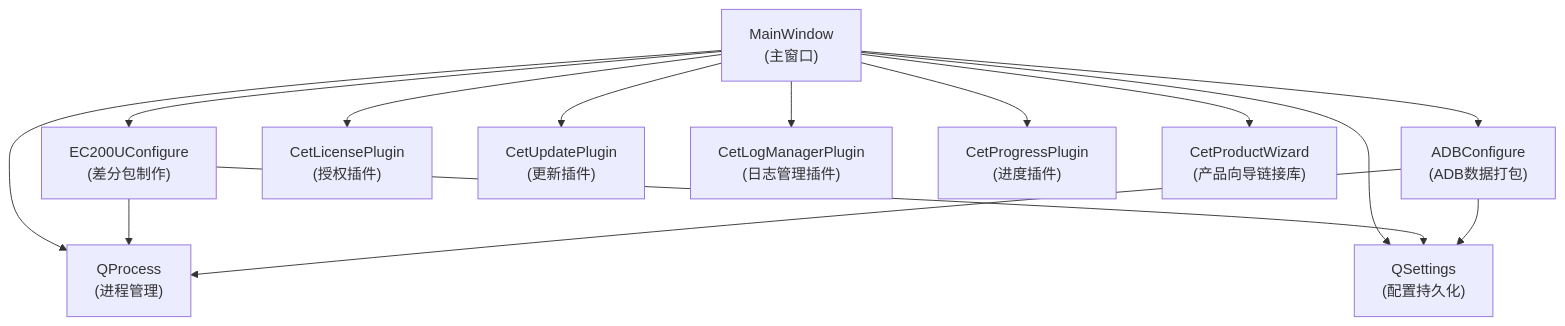
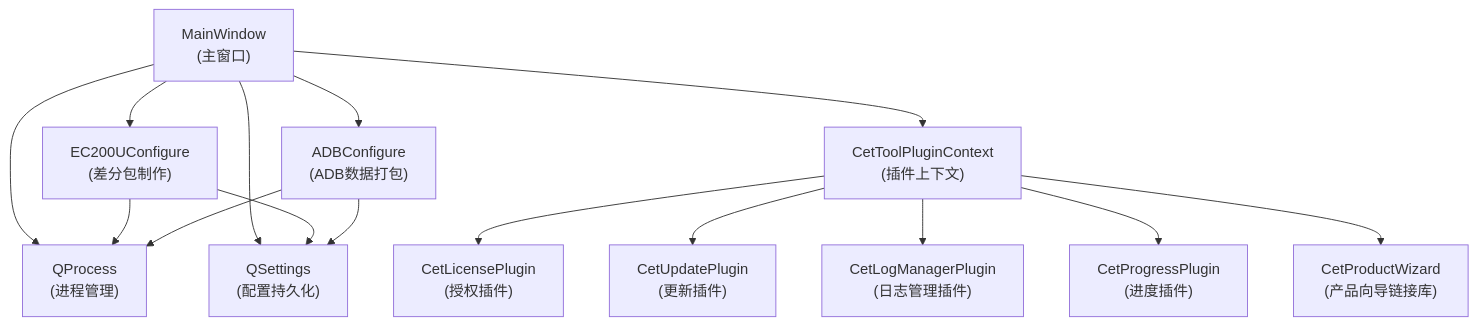
One commit to cetxiyuan/CetDevelopmentKit changed the diagram in docs/CetDevelopmentKit_架构设计.md. Above: the diagram before and after it, drawn with Mermaid. The commit also changed other lines of this file and 11 other files, not shown here.

````diff
--- a/docs/CetDevelopmentKit_架构设计.md
+++ b/docs/CetDevelopmentKit_架构设计.md
@@ -55,27 +60,29 @@
 ```mermaid
 graph TD
     MainWindow["MainWindow<br/>(主窗口)"]
     EC200U["EC200UConfigure<br/>(差分包制作)"]
     ADB["ADBConfigure<br/>(ADB数据打包)"]
+    PluginCtx["CetToolPluginContext<br/>(插件上下文)"]
     License["CetLicensePlugin<br/>(授权插件)"]
     Update["CetUpdatePlugin<br/>(更新插件)"]
     LogMgr["CetLogManagerPlugin<br/>(日志管理插件)"]
     Progress["CetProgressPlugin<br/>(进度插件)"]
     Wizard["CetProductWizard<br/>(产品向导链接库)"]
     QProcess["QProcess<br/>(进程管理)"]
     QSettings["QSettings<br/>(配置持久化)"]
 
     MainWindow --> EC200U
     MainWindow --> ADB
-    MainWindow --> License
-    MainWindow --> Update
-    MainWindow --> LogMgr
-    MainWindow --> Progress
-    MainWindow --> Wizard
+    MainWindow --> PluginCtx
     MainWindow --> QProcess
     MainWindow --> QSettings
+    PluginCtx --> License
+    PluginCtx --> Update
+    PluginCtx --> LogMgr
+    PluginCtx --> Progress
+    PluginCtx --> Wizard
     EC200U --> QProcess
     EC200U --> QSettings
     ADB --> QProcess
     ADB --> QSettings
 ```
````
